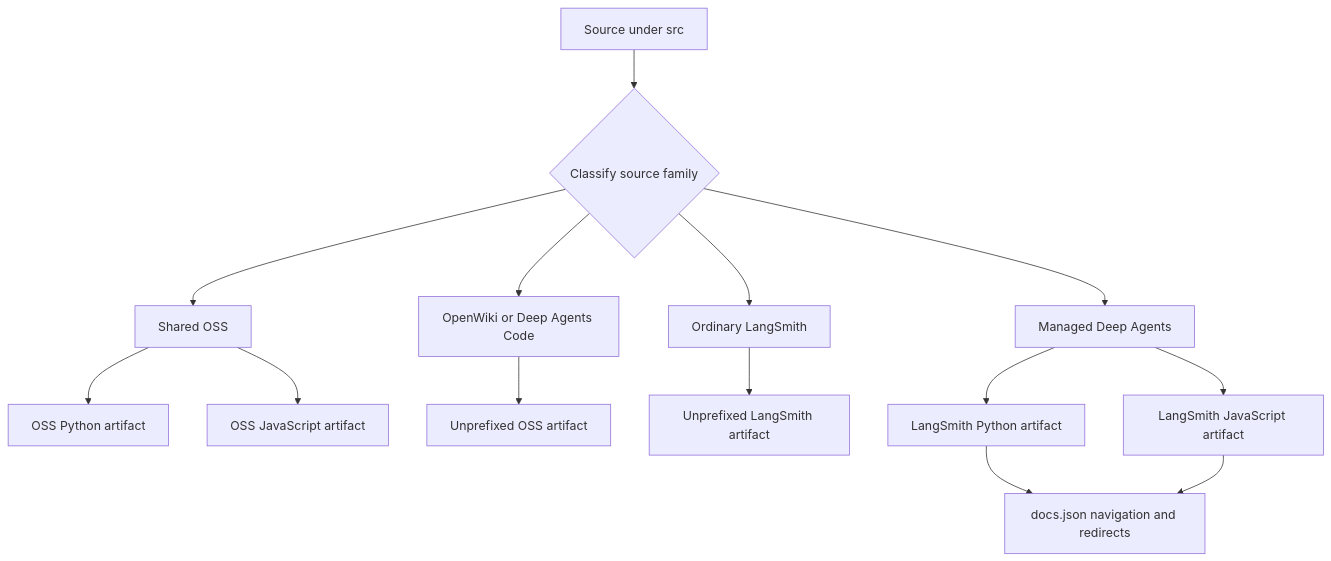
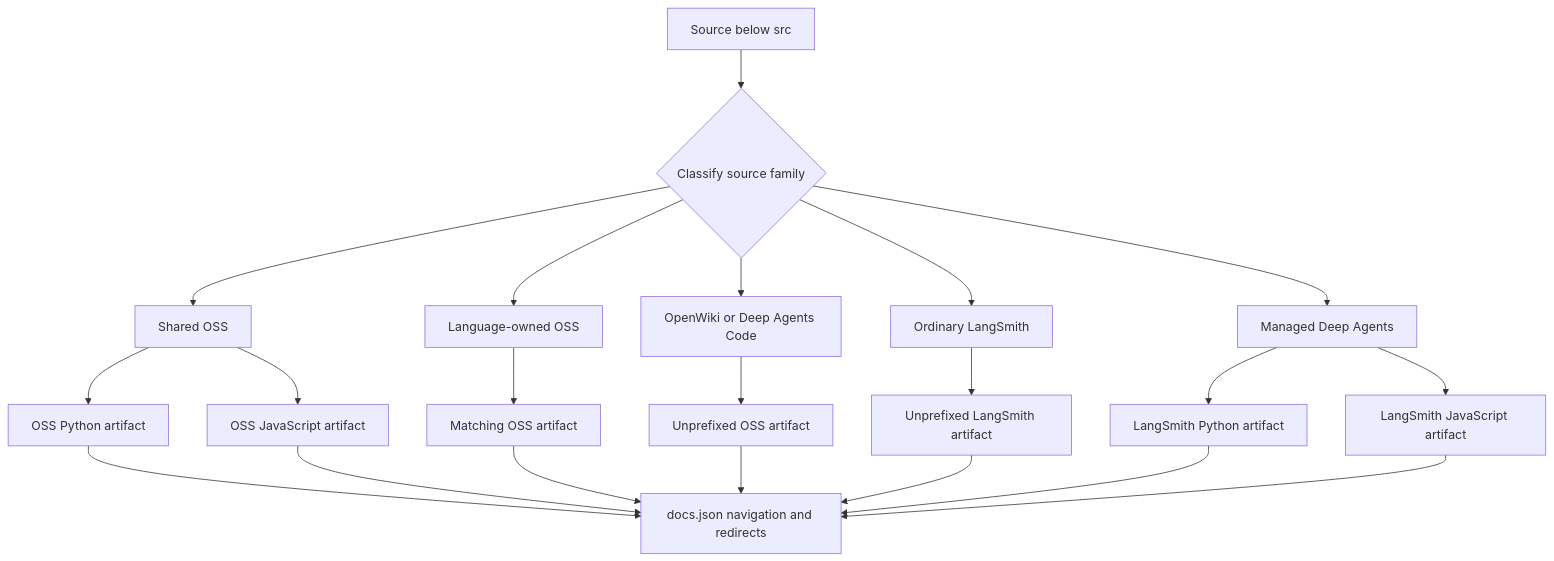
Before and after one commit to rishi-raj-jain/docs-1: the first of 2 diagrams in openwiki/concepts/versioning.md, drawn with Mermaid. The commit also changed other lines of this file and 48 other files, not shown here.

````diff
--- a/openwiki/concepts/versioning.md
+++ b/openwiki/concepts/versioning.md
@@ -39,16 +41,23 @@
 ```mermaid
 flowchart TD
-    Source["Source under src"] --> Family{"Classify source family"}
+    Source["Source below src"] --> Family{"Classify source family"}
     Family --> Shared["Shared OSS"]
-    Shared --> PythonVariant["OSS Python artifact"]
-    Shared --> JavaScriptVariant["OSS JavaScript artifact"]
+    Shared --> PyOss["OSS Python artifact"]
+    Shared --> JsOss["OSS JavaScript artifact"]
+    Family --> Owned["Language-owned OSS"]
+    Owned --> OneOss["Matching OSS artifact"]
     Family --> Product["OpenWiki or Deep Agents Code"]
     Product --> PlainProduct["Unprefixed OSS artifact"]
     Family --> LangSmith["Ordinary LangSmith"]
     LangSmith --> PlainLangSmith["Unprefixed LangSmith artifact"]
     Family --> Managed["Managed Deep Agents"]
-    Managed --> ManagedPython["LangSmith Python artifact"]
-    Managed --> ManagedJavaScript["LangSmith JavaScript artifact"]
-    ManagedPython --> Configuration["docs.json navigation and redirects"]
-    ManagedJavaScript --> Configuration
+    Managed --> PyManaged["LangSmith Python artifact"]
+    Managed --> JsManaged["LangSmith JavaScript artifact"]
+    PyOss --> Config["docs.json navigation and redirects"]
+    JsOss --> Config
+    OneOss --> Config
+    PlainProduct --> Config
+    PlainLangSmith --> Config
+    PyManaged --> Config
+    JsManaged --> Config
 ```
````
